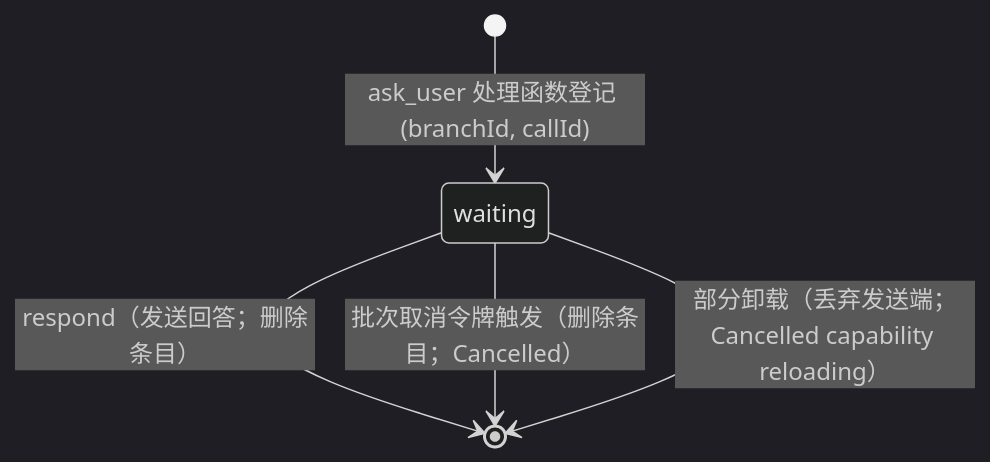
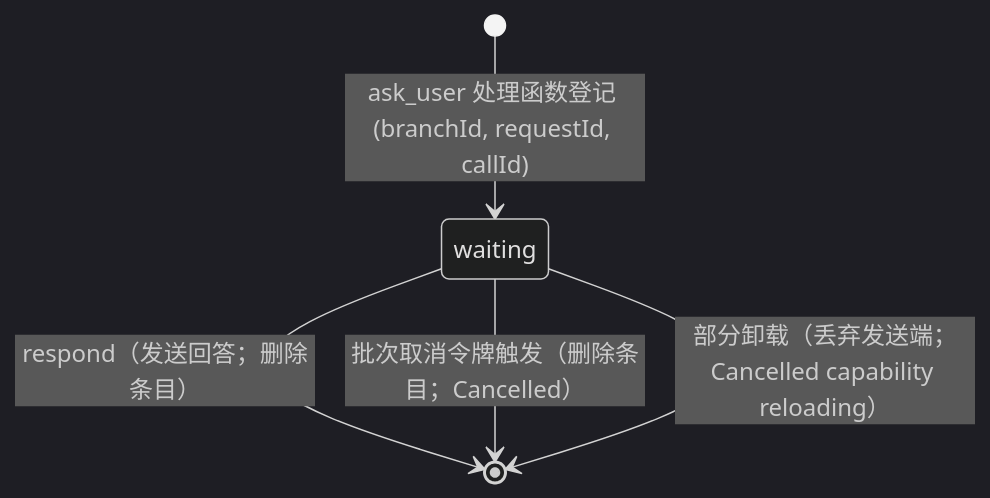
One commit to CoutinhoTTS/dim-agent changed the second of 4 diagrams in docs/zh/design/plugins/Questions.md. Above: the diagram before and after it, drawn with Mermaid (dark theme). The commit also changed other lines of this file and 5 other files, not shown here.

First line of the commit message:
docs(questions): name a waiting call by its model request id (#144)

````diff
--- a/docs/zh/design/plugins/Questions.md
+++ b/docs/zh/design/plugins/Questions.md
@@ -68,7 +69,7 @@
 ```mermaid
 stateDiagram-v2
-  [*] --> waiting: ask_user 处理函数登记 (branchId, callId)
+  [*] --> waiting: ask_user 处理函数登记 (branchId, requestId, callId)
   waiting --> [*]: respond（发送回答；删除条目）
   waiting --> [*]: 批次取消令牌触发（删除条目；Cancelled）
   waiting --> [*]: 部分卸载（丢弃发送端；Cancelled capability reloading）
 ```
````
